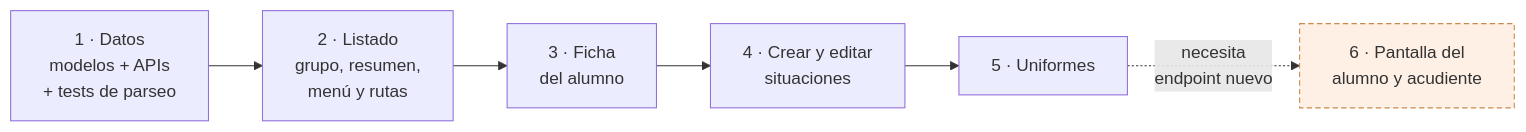
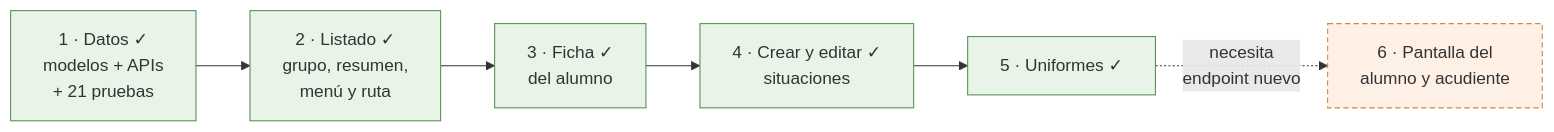
One commit to bluesky777/myvc_flutter changed the fifth of 5 diagrams in docs/disciplina.md. Above: the diagram before and after it, drawn with Mermaid. The commit also changed other lines of this file, not shown here.

````diff
--- a/docs/disciplina.md
+++ b/docs/disciplina.md
@@ -222,10 +250,15 @@
 ```mermaid
 flowchart LR
-    F1["1 · Datos<br/>modelos + APIs<br/>+ tests de parseo"] --> F2["2 · Listado<br/>grupo, resumen,<br/>menú y rutas"]
-    F2 --> F3["3 · Ficha<br/>del alumno"]
-    F3 --> F4["4 · Crear y editar<br/>situaciones"]
-    F4 --> F5["5 · Uniformes"]
+    F1["1 · Datos ✓<br/>modelos + APIs<br/>+ 21 pruebas"] --> F2["2 · Listado ✓<br/>grupo, resumen,<br/>menú y ruta"]
+    F2 --> F3["3 · Ficha ✓<br/>del alumno"]
+    F3 --> F4["4 · Crear y editar ✓<br/>situaciones"]
+    F4 --> F5["5 · Uniformes ✓"]
     F5 -.->|"necesita<br/>endpoint nuevo"| F6["6 · Pantalla del<br/>alumno y acudiente"]
 
+    style F1 fill:#e8f4e8,stroke:#5a8f5a
+    style F2 fill:#e8f4e8,stroke:#5a8f5a
+    style F3 fill:#e8f4e8,stroke:#5a8f5a
+    style F4 fill:#e8f4e8,stroke:#5a8f5a
+    style F5 fill:#e8f4e8,stroke:#5a8f5a
     style F6 fill:#fff0e6,stroke:#c98a4b,stroke-dasharray: 5 3
 ```
````
